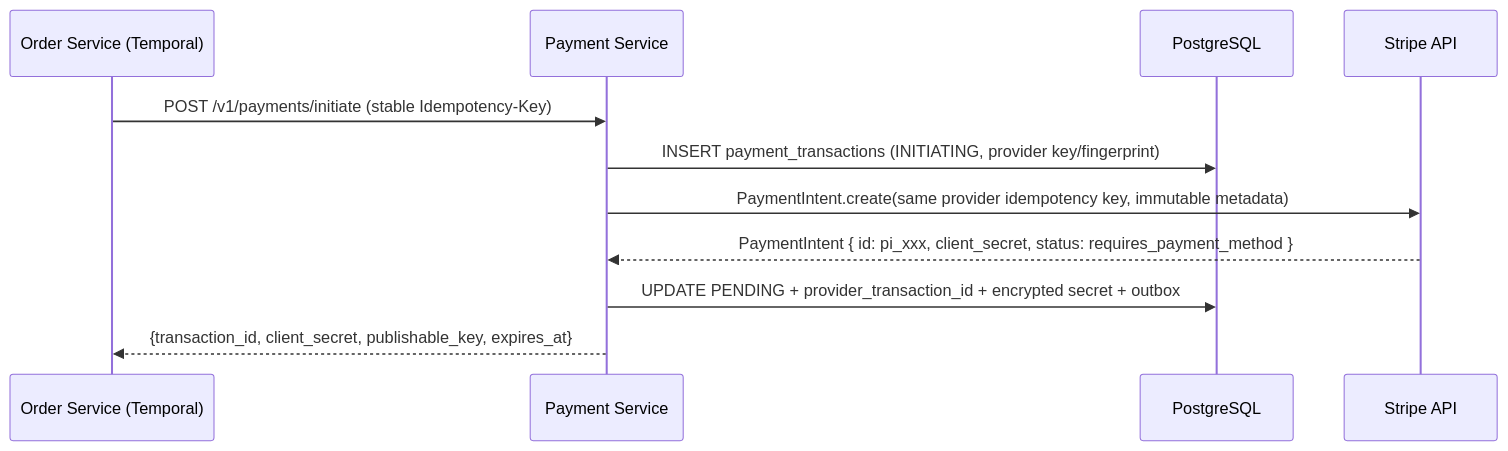
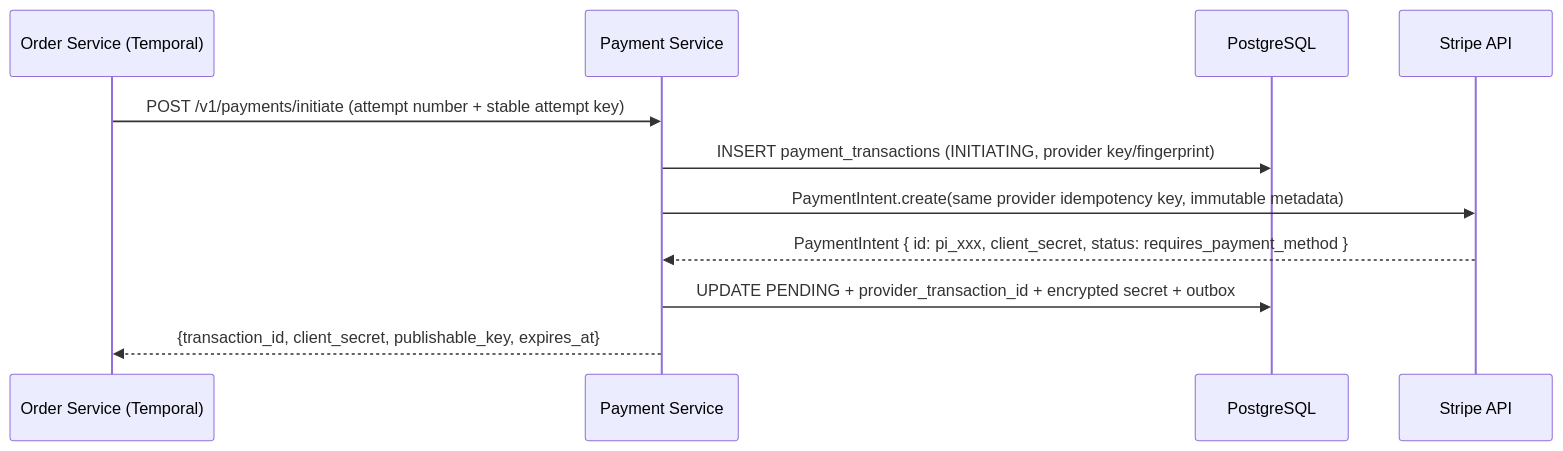
One commit to quangdung2110/e-commerce-microservices changed the first of 3 diagrams in docs/payment/workflows.md. Above: the diagram before and after it, drawn with Mermaid. The commit also changed other lines of this file and 15 other files, not shown here.

````diff
--- a/docs/payment/workflows.md
+++ b/docs/payment/workflows.md
@@ -41,14 +42,14 @@
 ```mermaid
 sequenceDiagram
     participant OS as Order Service (Temporal)
     participant PS as Payment Service
     participant DB as PostgreSQL
     participant ST as Stripe API
 
-    OS->>PS: POST /v1/payments/initiate (stable Idempotency-Key)
+    OS->>PS: POST /v1/payments/initiate (attempt number + stable attempt key)
     PS->>DB: INSERT payment_transactions (INITIATING, provider key/fingerprint)
     PS->>ST: PaymentIntent.create(same provider idempotency key, immutable metadata)
     ST-->>PS: PaymentIntent { id: pi_xxx, client_secret, status: requires_payment_method }
     PS->>DB: UPDATE PENDING + provider_transaction_id + encrypted secret + outbox
     PS-->>OS: {transaction_id, client_secret, publishable_key, expires_at}
 ```
````
